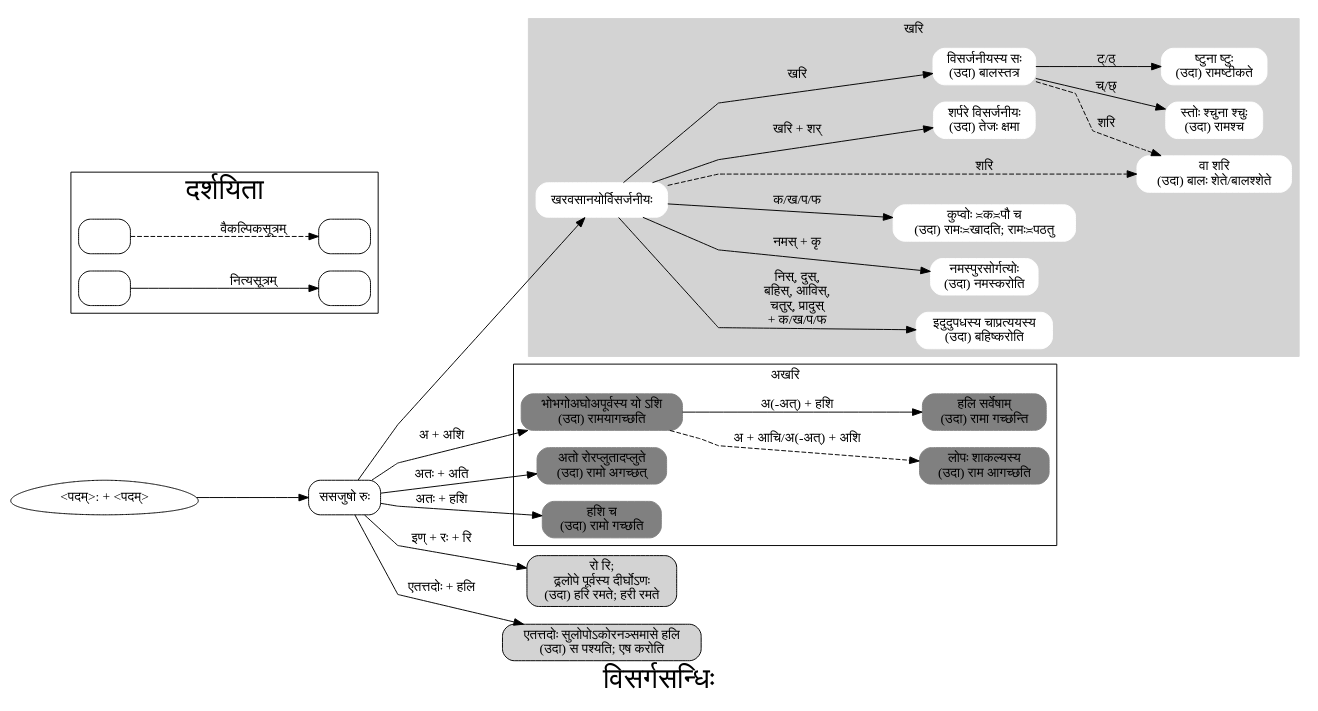
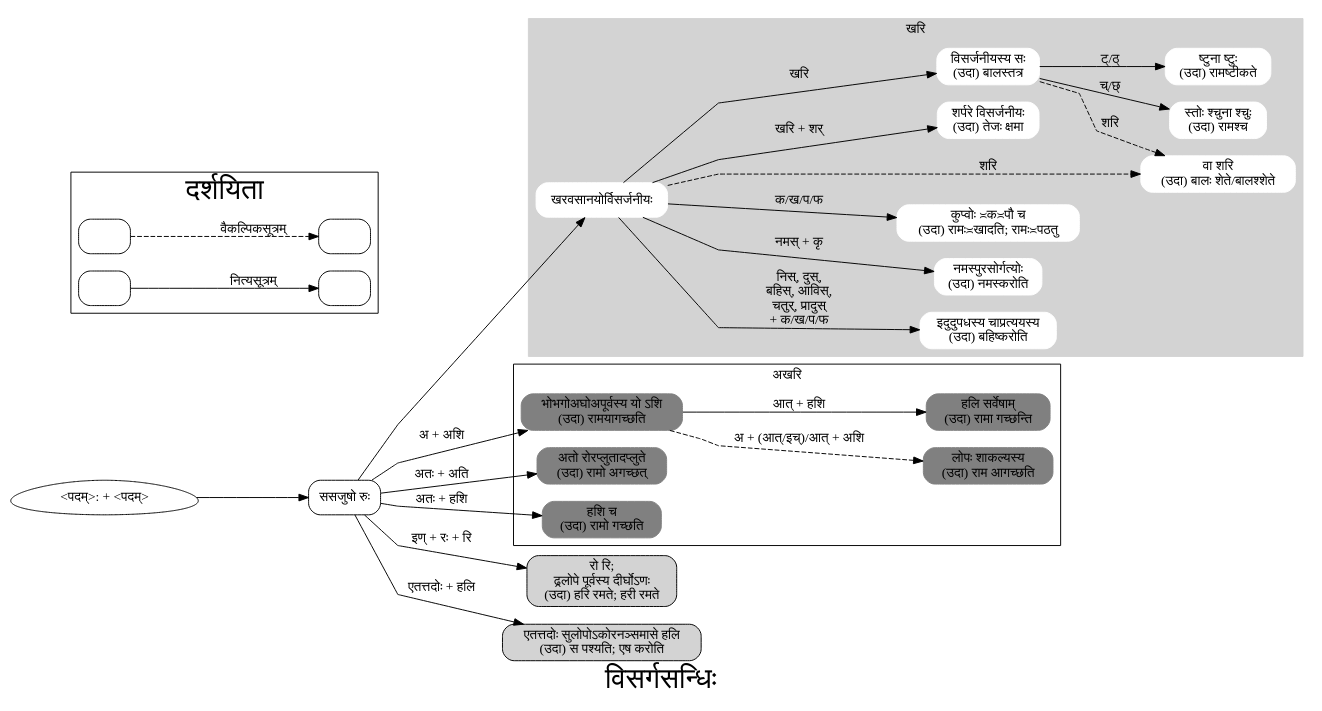
Before and after one commit to ckayr/aShTAdhyAyI: the diagram in graphviz/visarga.dot, drawn with Graphviz.

Commit message:
Update आचि आत्/इच् and अ (-अत् ) to आत्

```diff
--- a/graphviz/visarga.dot
+++ b/graphviz/visarga.dot
@@ -1,79 +1,79 @@
 digraph G {
         label="विसर्गसन्धिः";
         node [shape=box,
 	      style=rounded];
         fontsize=30.0;
         rankdir=LR;
         splines=polyline;
         subgraph cluster_0 {
                 label="खरि";
                 fontsize = 14.0;
                 style=filled;
                 color=lightgrey;
                 node [style="filled,rounded",
 		      color=white];
                 a0 [label="खरवसानयोर्विसर्जनीयः",
 		    href="http://avg-sanskrit.org/sutras/8-3-15.html"];
                 a6 [label="इदुदुपधस्य चाप्रत्ययस्य\n(उदा) बहिष्करोति"];
                 a5 [label="नमस्पुरसोर्गत्योः\n(उदा) नमस्करोति"];
                 a4 [label="कुप्वोः ≍क≍पौ च\n(उदा) रामः≍खादति; रामः≍पठतु"];
                 a3 [label="वा शरि\n(उदा) बालः शेते/बालश्शेते"];
                 a2 [label="शर्परे विसर्जनीयः\n(उदा) तेजः क्षमा"];
                 a1 [label="विसर्जनीयस्य सः\n(उदा) बालस्तत्र",
 		    href="http://avg-sanskrit.org/sutras/8-3-34.html"];
                 a7 [label="स्तोः श्चुना श्चुः\n(उदा) रामश्च"];
                 a8 [label="ष्टुना ष्टुः\n(उदा) रामष्टीकते"];
                 a0 -> a1 [label="खरि"];
                 a0 -> a2 [label="\nखरि + शर्"];
                 a0 -> a3 [label="शरि",
 			  style=dashed];
                 a0 -> a4 [label="\nक/ख/प/फ"];
                 a0 -> a5 [label="\nनमस् + कृ"];
                 a0 -> a6 [label="निस्, दुस्,\n बहिस्, आविस्,\n चतुर्, प्रादुस्\n + क/ख/प/फ"];
                 a1 -> a3 [label="\nशरि", style=dashed];
                 a1 -> a7 [label="च्/छ्"];
                 a1 -> a8 [label="ट्/ठ्"];
         }
 
         subgraph cluster_1 {
                 label="अखरि";
                 fontsize = 14.0;
                 node [style="filled,rounded", color=grey];
                 b0 [label="भोभगोअघोअपूर्वस्य यो ऽशि\n(उदा) रामयागच्छति"];
                 b1 [label="अतो रोरप्लुतादप्लुते\n(उदा) रामो अगच्छत् "];
                 b2 [label="हशि च\n(उदा) रामो गच्छति"];
                 b3 [label="लोपः शाकल्यस्य\n(उदा) राम आगच्छति"];
                 b4 [label="हलि सर्वेषाम्\n(उदा) रामा गच्छन्ति"];
-                b0 -> b3 [label="\nअ + आचि/अ(-अत्) + अशि"; style=dashed];
-                b0 -> b4 [label="अ(-अत्) + हशि"];
+                b0 -> b3 [label="\nअ + (आत्/इच्)/आत् + अशि"; style=dashed];
+                b0 -> b4 [label="आत् + हशि"];
         }
 
         c0 [label="रो रि;\n ढ्रलोपे पूर्वस्य दीर्घोऽणः\n(उदा) हरि रमते; हरी रमते",
 	    style="filled,rounded"];
         d0 [label="एतत्तदोः सुलोपोऽकोरनञ्समासे हलि\n(उदा) स पश्यति; एष करोति",
 	    style="filled,rounded"];
 
         start0 [label="<पदम्>: + <पदम्>"];
         start1 [label="ससजुषो रुः",
 		href="http://avg-sanskrit.org/sutras/8-2-66.html"];
         start0 -> start1;
         start1 -> a0;
         start1 -> b0 [label="अ + अशि"];
         start1 -> b1 [label="अतः + अति"];
         start1 -> b2 [label="अतः + हशि"];
         start1 -> c0 [label="\nइण्‌ + रः + रि "];
         start1 -> d0 [label="\nएतत्तदोः + हलि"];
 
         start0 [shape=egg];
 
         subgraph cluster_leg {
                 label="दर्शयिता";
                 legend1 [label=""];
                 legend2 [label=""];
                 legend3 [label=""];
                 legend4 [label=""];
                 legend1 -> legend2 [label="वैकल्पिकसूत्रम्",
 				    style=dashed];
                 legend3 -> legend4 [label="नित्यसूत्रम्"];
         }
 }
```
